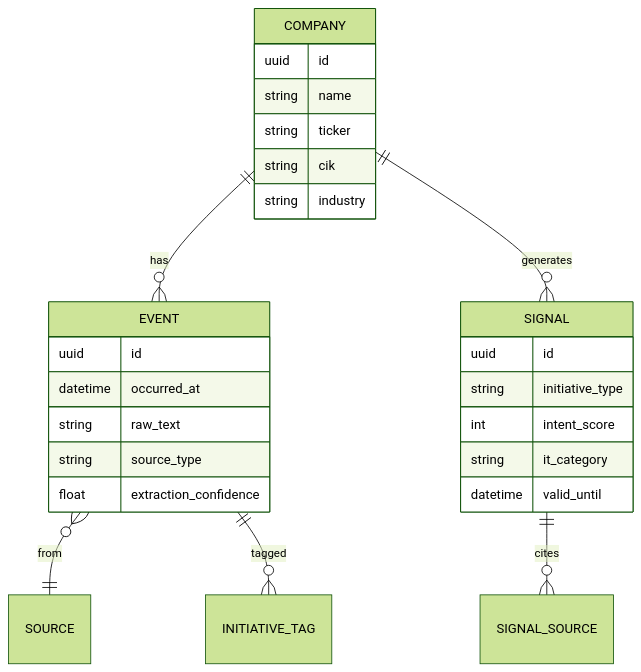
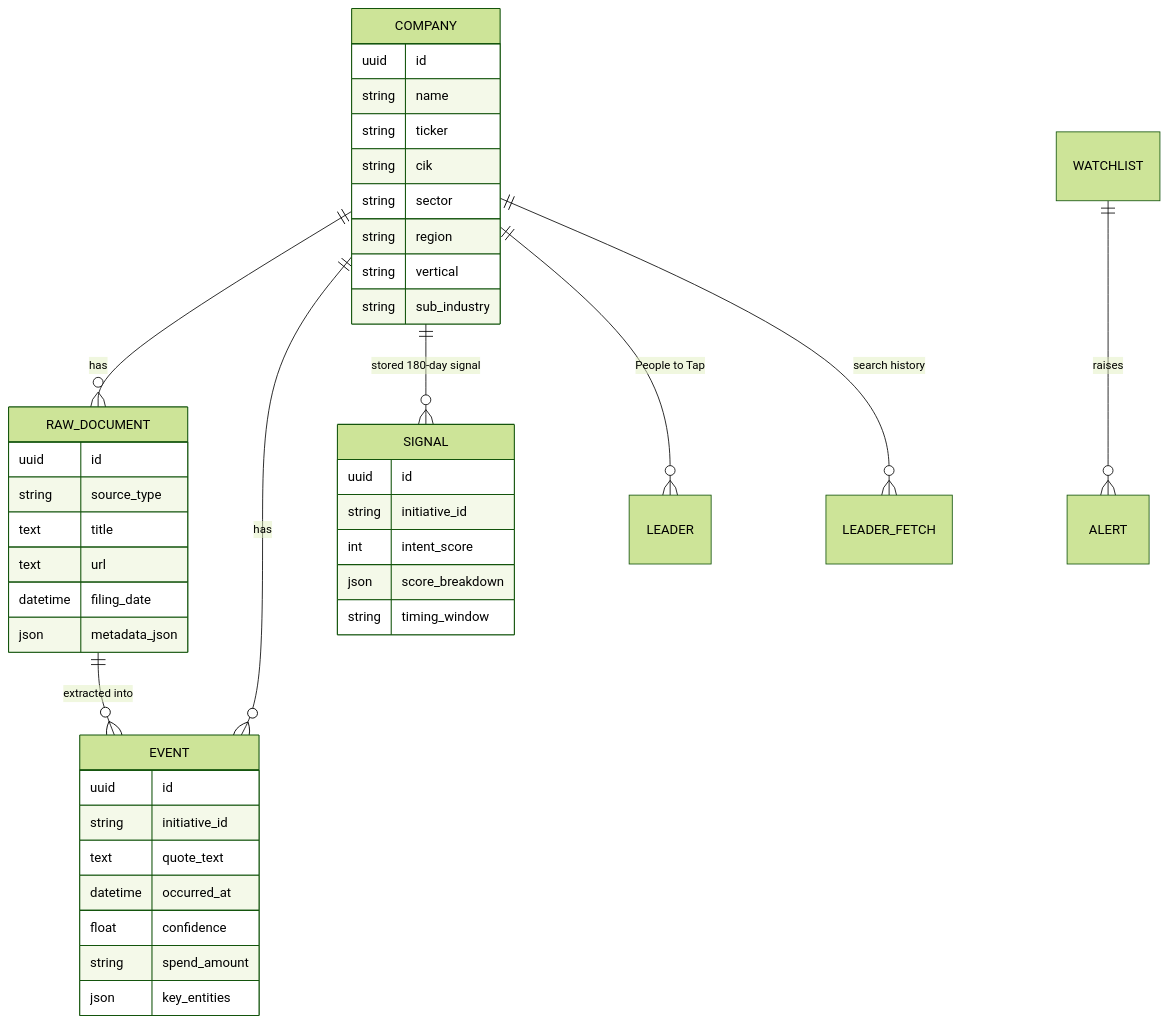
The third of 3 diagrams in market-signals-architecture/phase-wise-development-architecture.md (Varunsekharamantri/Keenr.ai), drawn with Mermaid (forest theme) before and after one commit. The commit also changed other lines of this file and 1 other file, not shown here.

Commit message:
Update phase-wise architecture doc to describe the system as built

````diff
--- a/market-signals-architecture/phase-wise-development-architecture.md
+++ b/market-signals-architecture/phase-wise-development-architecture.md
@@ -281,32 +248,45 @@
 ```mermaid
 erDiagram
+    COMPANY ||--o{ RAW_DOCUMENT : has
     COMPANY ||--o{ EVENT : has
-    COMPANY ||--o{ SIGNAL : generates
-    EVENT }o--|| SOURCE : from
-    SIGNAL ||--o{ SIGNAL_SOURCE : cites
-    EVENT ||--o{ INITIATIVE_TAG : tagged
+    RAW_DOCUMENT ||--o{ EVENT : "extracted into"
+    COMPANY ||--o{ SIGNAL : "stored 180-day signal"
+    COMPANY ||--o{ LEADER : "People to Tap"
+    COMPANY ||--o{ LEADER_FETCH : "search history"
+    WATCHLIST ||--o{ ALERT : raises
 
     COMPANY {
         uuid id
         string name
         string ticker
         string cik
-        string industry
+        string sector
+        string region
+        string vertical
+        string sub_industry
     }
-
+    RAW_DOCUMENT {
+        uuid id
+        string source_type
+        text title
+        text url
+        datetime filing_date
+        json metadata_json
+    }
     EVENT {
         uuid id
+        string initiative_id
+        text quote_text
         datetime occurred_at
-        string raw_text
-        string source_type
-        float extraction_confidence
+        float confidence
+        string spend_amount
+        json key_entities
     }
-
     SIGNAL {
         uuid id
-        string initiative_type
+        string initiative_id
         int intent_score
-        string it_category
-        datetime valid_until
+        json score_breakdown
+        string timing_window
     }
 ```
````
